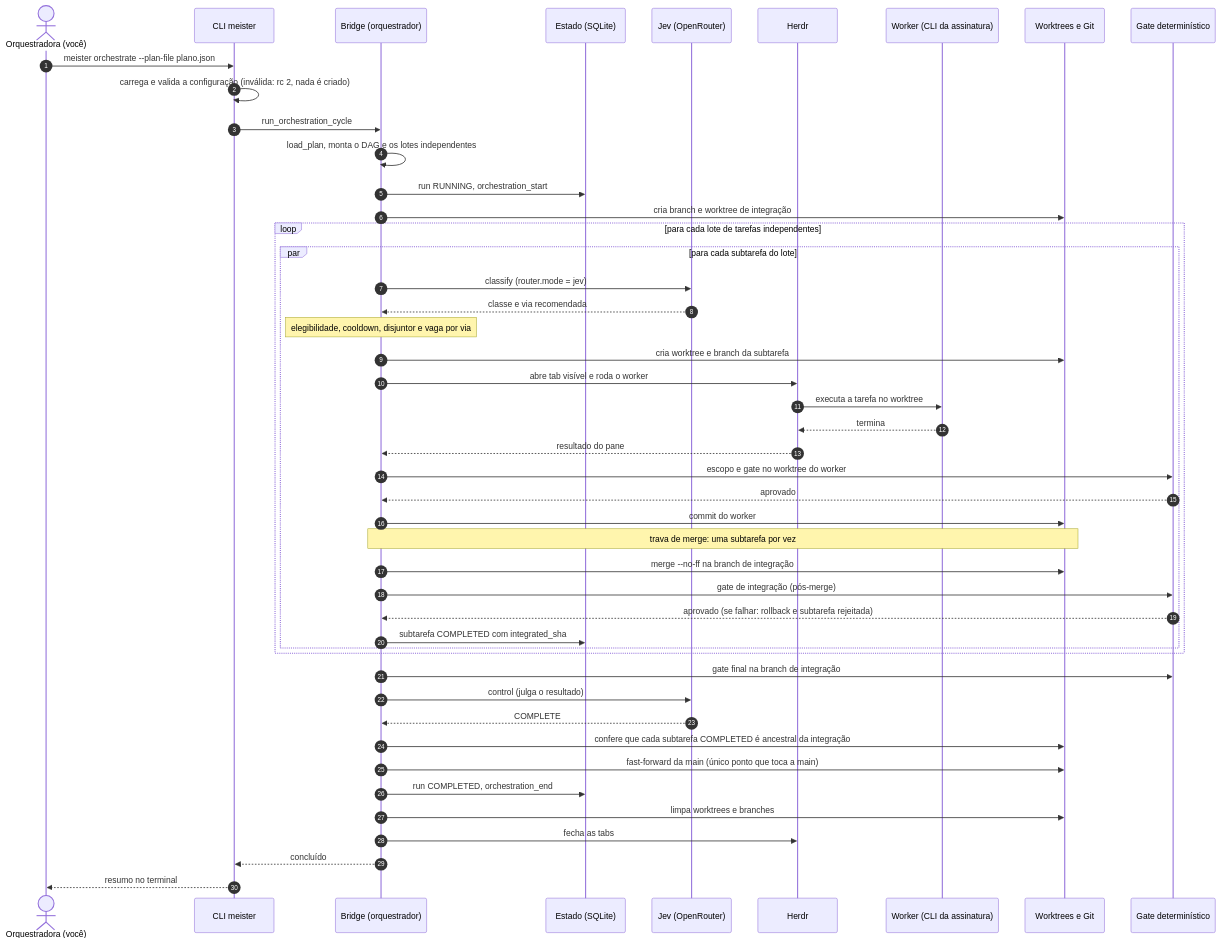
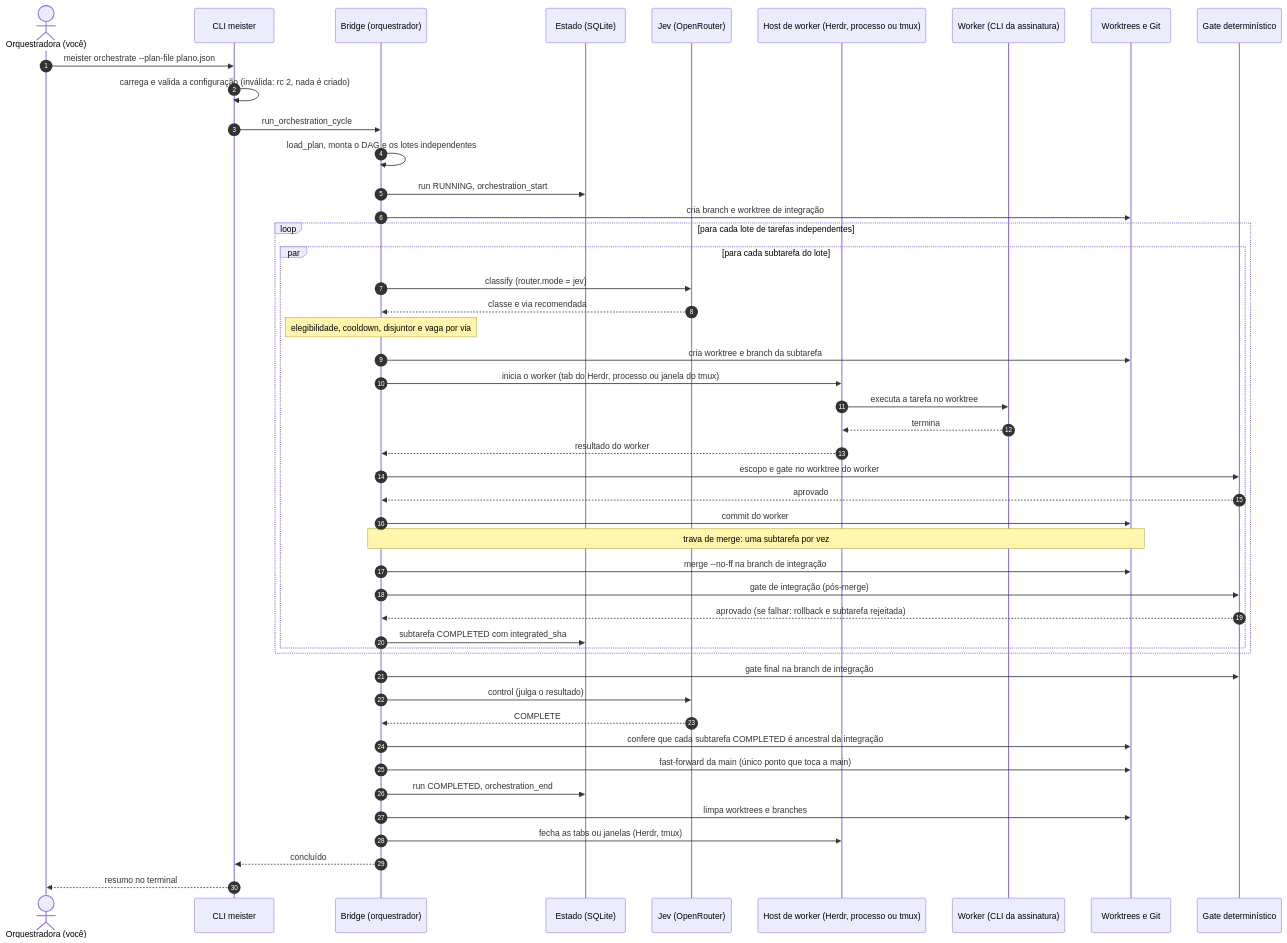
One commit to CristianonCarvalho/meisterrouter changed the third of 13 diagrams in docs/pt-BR/DIAGRAMAS.md. Above: the diagram before and after it, drawn with Mermaid. The commit also changed other lines of this file and 3 other files, not shown here.

````diff
--- a/docs/pt-BR/DIAGRAMAS.md
+++ b/docs/pt-BR/DIAGRAMAS.md
@@ -167,52 +174,52 @@
 ```mermaid
 sequenceDiagram
   autonumber
   actor O as Orquestradora (você)
   participant C as CLI meister
   participant B as Bridge (orquestrador)
   participant S as Estado (SQLite)
   participant J as Jev (OpenRouter)
-  participant H as Herdr
+  participant H as Host de worker (Herdr, processo ou tmux)
   participant W as Worker (CLI da assinatura)
   participant T as Worktrees e Git
   participant G as Gate determinístico
 
   O->>C: meister orchestrate --plan-file plano.json
   C->>C: carrega e valida a configuração (inválida: rc 2, nada é criado)
   C->>B: run_orchestration_cycle
   B->>B: load_plan, monta o DAG e os lotes independentes
   B->>S: run RUNNING, orchestration_start
   B->>T: cria branch e worktree de integração
 
   loop para cada lote de tarefas independentes
     par para cada subtarefa do lote
       B->>J: classify (router.mode = jev)
       J-->>B: classe e via recomendada
       Note over B: elegibilidade, cooldown, disjuntor e vaga por via
       B->>T: cria worktree e branch da subtarefa
-      B->>H: abre tab visível e roda o worker
+      B->>H: inicia o worker (tab do Herdr, processo ou janela do tmux)
       H->>W: executa a tarefa no worktree
       W-->>H: termina
-      H-->>B: resultado do pane
+      H-->>B: resultado do worker
       B->>G: escopo e gate no worktree do worker
       G-->>B: aprovado
       B->>T: commit do worker
       Note over B,T: trava de merge: uma subtarefa por vez
       B->>T: merge --no-ff na branch de integração
       B->>G: gate de integração (pós-merge)
       G-->>B: aprovado (se falhar: rollback e subtarefa rejeitada)
       B->>S: subtarefa COMPLETED com integrated_sha
     end
   end
 
   B->>G: gate final na branch de integração
   B->>J: control (julga o resultado)
   J-->>B: COMPLETE
   B->>T: confere que cada subtarefa COMPLETED é ancestral da integração
   B->>T: fast-forward da main (único ponto que toca a main)
   B->>S: run COMPLETED, orchestration_end
   B->>T: limpa worktrees e branches
-  B->>H: fecha as tabs
+  B->>H: fecha as tabs ou janelas (Herdr, tmux)
   B-->>C: concluído
   C-->>O: resumo no terminal
 ```
````
